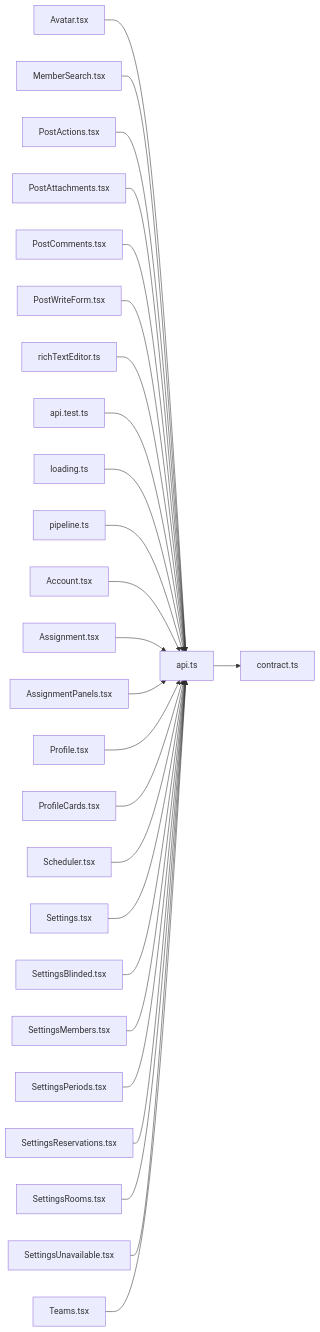
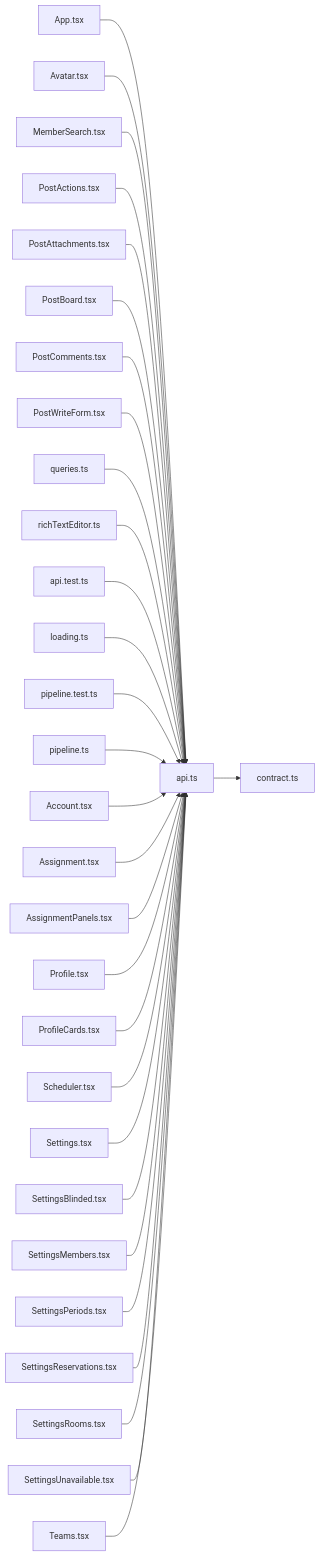
One commit to minkong-dev/Banblit changed the diagram in .cluedoc/graph/frontend/src/lib/api.md. Above: the diagram before and after it, drawn with Mermaid. The commit also changed other lines of this file and 56 other files, not shown here.

Commit message:
frontend: import pure lib functions from their own files instead of through pipeline

````diff
--- a/.cluedoc/graph/frontend/src/lib/api.md
+++ b/.cluedoc/graph/frontend/src/lib/api.md
@@ -10,29 +10,33 @@
 ```mermaid
 flowchart LR
   frontend_src_lib_api["api.ts"]
   frontend_src_lib_api --> frontend_src_lib_contract["contract.ts"]
+  frontend_src_App["App.tsx"] --> frontend_src_lib_api
   frontend_src_components_Avatar["Avatar.tsx"] --> frontend_src_lib_api
   frontend_src_components_MemberSearch["MemberSearch.tsx"] --> frontend_src_lib_api
   frontend_src_components_PostActions["PostActions.tsx"] --> frontend_src_lib_api
   frontend_src_components_PostAttachments["PostAttachments.tsx"] --> frontend_src_lib_api
+  frontend_src_components_PostBoard["PostBoard.tsx"] --> frontend_src_lib_api
   frontend_src_components_PostComments["PostComments.tsx"] --> frontend_src_lib_api
   frontend_src_components_PostWriteForm["PostWriteForm.tsx"] --> frontend_src_lib_api
+  frontend_src_components_queries["queries.ts"] --> frontend_src_lib_api
   frontend_src_components_richTextEditor["richTextEditor.ts"] --> frontend_src_lib_api
   frontend_src_lib_api_test["api.test.ts"] --> frontend_src_lib_api
   frontend_src_lib_loading["loading.ts"] --> frontend_src_lib_api
+  frontend_src_lib_pipeline_test["pipeline.test.ts"] --> frontend_src_lib_api
   frontend_src_lib_pipeline["pipeline.ts"] --> frontend_src_lib_api
   frontend_src_routes_Account["Account.tsx"] --> frontend_src_lib_api
   frontend_src_routes_Assignment["Assignment.tsx"] --> frontend_src_lib_api
   frontend_src_routes_AssignmentPanels["AssignmentPanels.tsx"] --> frontend_src_lib_api
   frontend_src_routes_Profile["Profile.tsx"] --> frontend_src_lib_api
   frontend_src_routes_ProfileCards["ProfileCards.tsx"] --> frontend_src_lib_api
   frontend_src_routes_Scheduler["Scheduler.tsx"] --> frontend_src_lib_api
   frontend_src_routes_Settings["Settings.tsx"] --> frontend_src_lib_api
   frontend_src_routes_SettingsBlinded["SettingsBlinded.tsx"] --> frontend_src_lib_api
   frontend_src_routes_SettingsMembers["SettingsMembers.tsx"] --> frontend_src_lib_api
   frontend_src_routes_SettingsPeriods["SettingsPeriods.tsx"] --> frontend_src_lib_api
   frontend_src_routes_SettingsReservations["SettingsReservations.tsx"] --> frontend_src_lib_api
   frontend_src_routes_SettingsRooms["SettingsRooms.tsx"] --> frontend_src_lib_api
   frontend_src_routes_SettingsUnavailable["SettingsUnavailable.tsx"] --> frontend_src_lib_api
   frontend_src_routes_Teams["Teams.tsx"] --> frontend_src_lib_api
 ```
````
